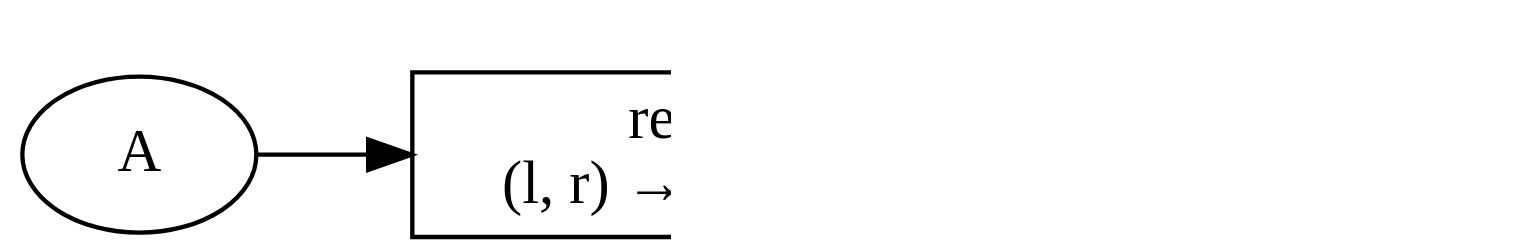
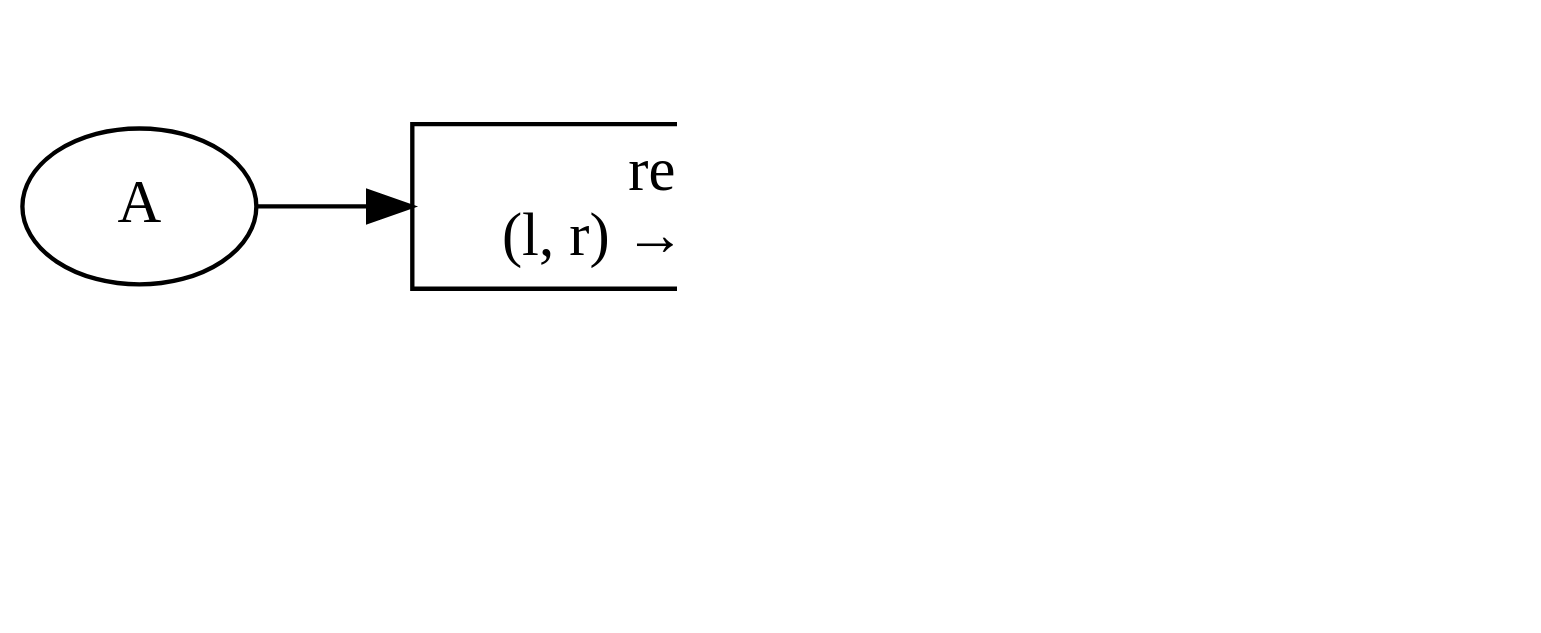
Before and after one commit to inponomarev/kstreams-testing-pitfalls: diagram 12 of 17 in slides/src/main/asciidoc/lecture.adoc, drawn with Graphviz. The commit also changed other lines of this file and 3 other files, not shown here.

```diff
--- a/slides/src/main/asciidoc/lecture.adoc
+++ b/slides/src/main/asciidoc/lecture.adoc
@@ -543,20 +574,28 @@
 [graphviz,"cache2b.png"]
 ----
 digraph G {
 graph [ dpi = 180 ];
 rankdir="LR";
 
 A1[label="A"];
 
 A1 ->Reduce;
 
 Reduce[shape=box,label="reduce \n (l, r) → <STOP>"]
 
 Reduce -> Cache
 
 Cache[shape=box,label=<<table cellspacing="5" cellborder="0"  border="0">
         <tr><td colspan="2">Cache</td></tr>
-        <tr><td>A</td>
-        <vr/><td>&lt;STOP&gt;</td></tr></table>>]
+        <tr><td>A</td><vr/><td>A</td></tr>
+        <tr><td>B</td><vr/><td>&lt;STOP&gt;</td></tr>
+        </table>>];
+Store[shape=cylinder,label=<<table cellspacing="5" cellborder="0"  border="0">
+        <tr><td colspan="2">Local Store</td></tr>
+        <tr><td> </td><td> </td></tr>
+        </table>>];
+        
+Cache -> Store;
+{rank = same; Store; Cache; }
 }
 ----
```
